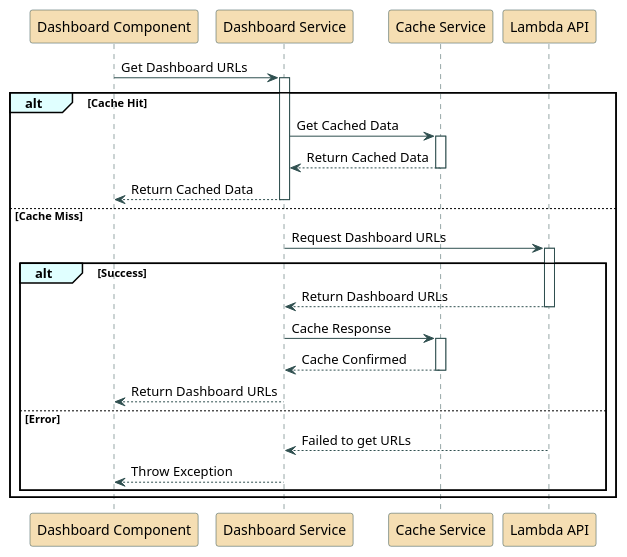
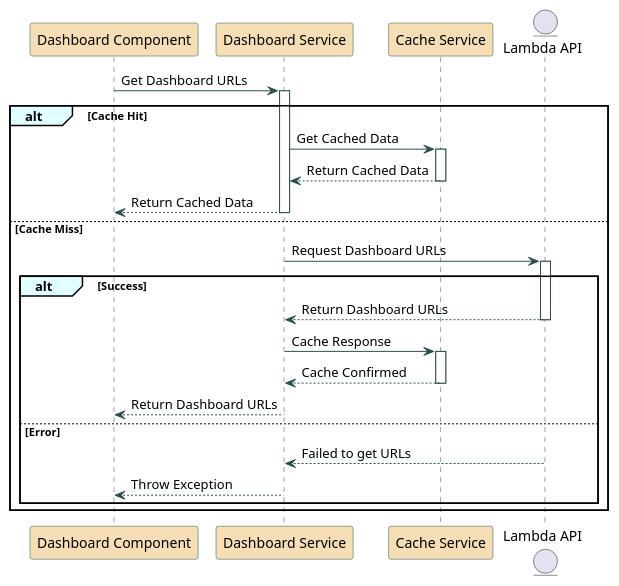
Before and after one commit to CPNV-ES-BI1-RIA2-ETL-INTERNAL-SOURCE/INTERNAL-SOURCE-FRONT-END: the diagram in doc/dashboard/dashboard-service-sequence.puml, drawn with PlantUML. The commit also changed 1 other file, not shown here.

Commit message:
docs: update sequence diagram to reflect Lambda API as an entity

```diff
--- a/doc/dashboard/dashboard-service-sequence.puml
+++ b/doc/dashboard/dashboard-service-sequence.puml
@@ -1,45 +1,45 @@
 @startuml dashboard-service-sequence
 
 skinparam sequenceArrowColor DarkSlateGray
 skinparam sequenceGroupBackgroundColor LightCyan
 skinparam sequenceLifeLineBorderColor DarkSlateGray
 skinparam sequenceParticipantBackgroundColor Wheat
 skinparam sequenceParticipantBorderColor DarkSlateGray
 
 participant "Dashboard Component" as DC
 participant "Dashboard Service" as DS
 participant "Cache Service" as CS
-participant "Lambda API" as LA
+entity "Lambda API" as LA
 
 DC -> DS: Get Dashboard URLs
 activate DS
 
 alt Cache Hit
     DS -> CS: Get Cached Data
     activate CS
     CS --> DS: Return Cached Data
     deactivate CS
     DS --> DC: Return Cached Data
     deactivate DS
 else Cache Miss
     DS -> LA: Request Dashboard URLs
     activate LA
 
     alt Success
         LA --> DS: Return Dashboard URLs
         deactivate LA
         DS -> CS: Cache Response
         activate CS
         CS --> DS: Cache Confirmed
         deactivate CS
         DS --> DC: Return Dashboard URLs
         deactivate DS
     else Error
         LA --> DS: Failed to get URLs
         deactivate LA
         DS --> DC: Throw Exception
         deactivate DS
     end
 end
 
 @enduml 
```
